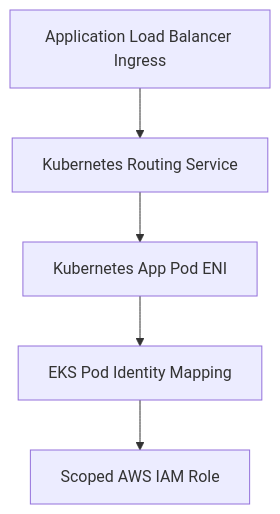
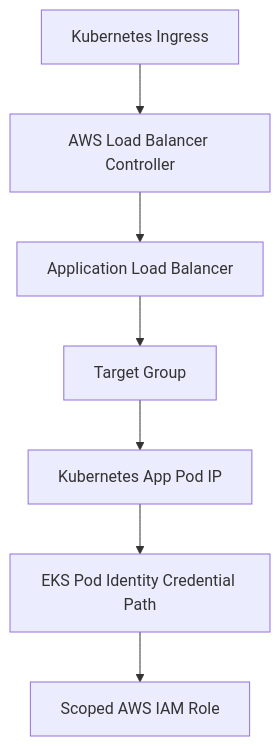
The diagram in cloud-providers/aws/compute-application-hosting/05-kubernetes-and-eks.md (senlinyy/dev-roadmaps), drawn with Mermaid before and after one commit. The commit also changed other lines of this file and 530 other files, not shown here.

````diff
--- a/cloud-providers/aws/compute-application-hosting/05-kubernetes-and-eks.md
+++ b/cloud-providers/aws/compute-application-hosting/05-kubernetes-and-eks.md
@@ -50,7 +50,9 @@
 ```mermaid
 flowchart TD
-    ALB[Application Load Balancer Ingress] --> Service[Kubernetes Routing Service]
-    Service --> Pod[Kubernetes App Pod ENI]
-    Pod --> PodIdentity[EKS Pod Identity Mapping]
+    Ingress[Kubernetes Ingress] --> Controller[AWS Load Balancer Controller]
+    Controller --> ALB[Application Load Balancer]
+    ALB --> TargetGroup[Target Group]
+    TargetGroup --> Pod[Kubernetes App Pod IP]
+    Pod --> PodIdentity[EKS Pod Identity Credential Path]
     PodIdentity --> IAM[Scoped AWS IAM Role]
 ```
````
